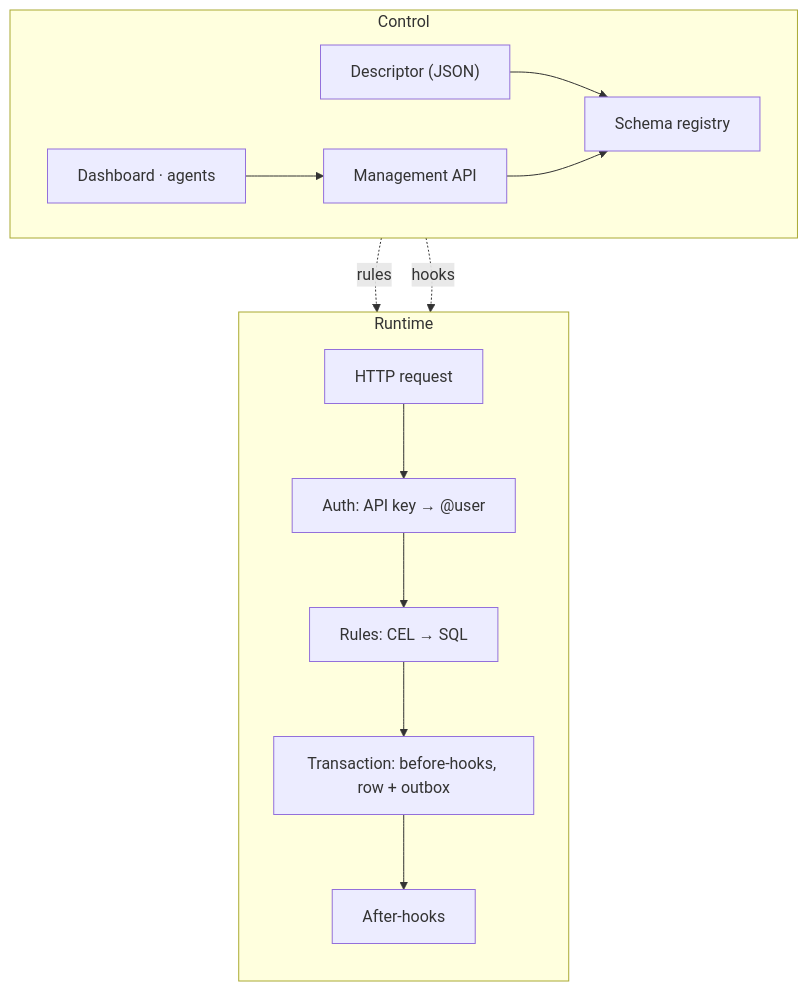
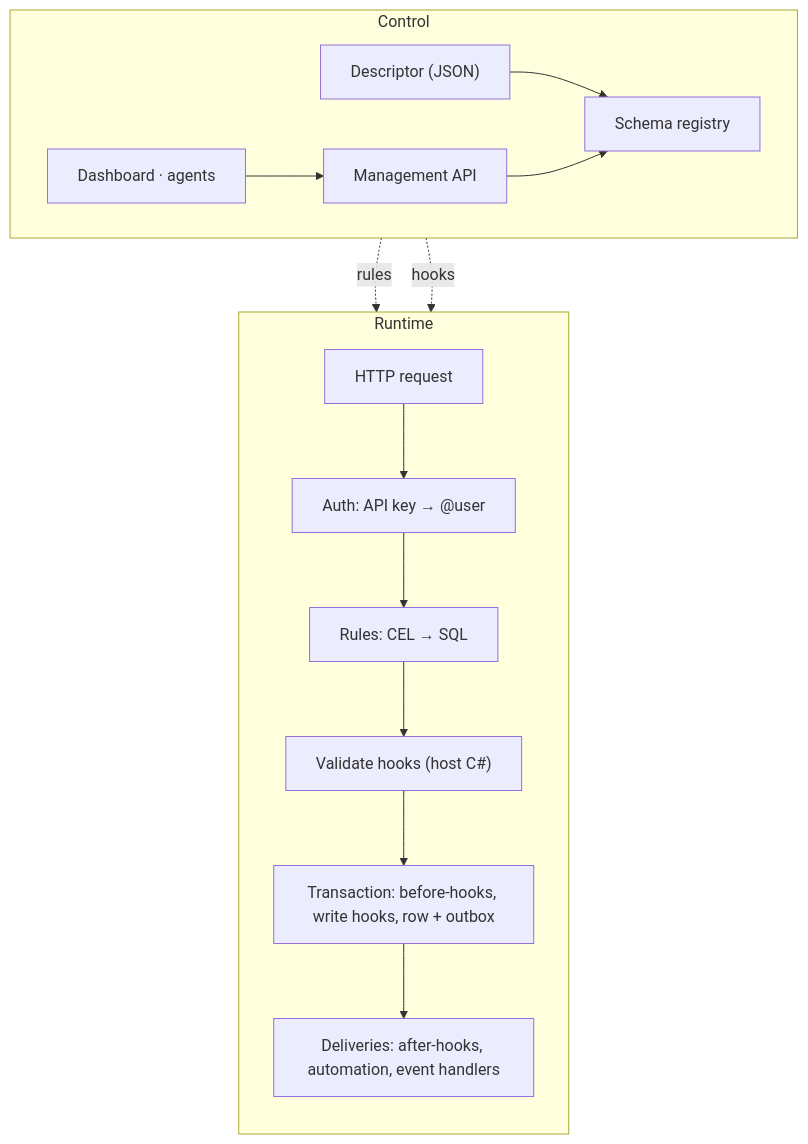
One commit to Burgyn/MMLib.Alvo changed the diagram in website/src/content/docs/concepts/architecture.md. Above: the diagram before and after it, drawn with Mermaid. The commit also changed other lines of this file and 43 other files, not shown here.

````diff
--- a/website/src/content/docs/concepts/architecture.md
+++ b/website/src/content/docs/concepts/architecture.md
@@ -12,20 +12,21 @@
 ```mermaid
 flowchart TB
   accTitle: How Alvo fits together
-  accDescr: Control path, the dashboard and agents call the Management API, which, like the descriptor file, feeds the schema registry. Runtime path, an HTTP request passes authentication, the rules compiled to SQL, then a transaction that runs the before-hooks and writes the row with its outbox event, then the after-hooks. The schema registry supplies the rules and the hooks.
+  accDescr: Control path, the dashboard and agents call the Management API, which, like the descriptor file, feeds the schema registry. Runtime path, an HTTP request passes authentication, the rules compiled to SQL, an embedded host's validate hooks, then a transaction that runs the before-hooks and write hooks and writes the row with its outbox event, then the deliveries to after-hooks, automation and event handlers. The schema registry supplies the rules and the hooks.
   subgraph Control
     direction LR
     clients["Dashboard · agents"] --> mgmt["Management API"]
     file["Descriptor (JSON)"] --> registry["Schema registry"]
     mgmt --> registry
   end
   subgraph Runtime
     direction TB
     request["HTTP request"] --> auth["Auth: API key → @user"]
     auth --> rules["Rules: CEL → SQL"]
-    rules --> tx["Transaction: before-hooks, row + outbox"]
-    tx --> after["After-hooks"]
+    rules --> validate["Validate hooks (host C#)"]
+    validate --> tx["Transaction: before-hooks, write hooks, row + outbox"]
+    tx --> after["Deliveries: after-hooks, automation, event handlers"]
   end
   registry -. "rules" .-> rules
   registry -. "hooks" .-> tx
 ```
````
